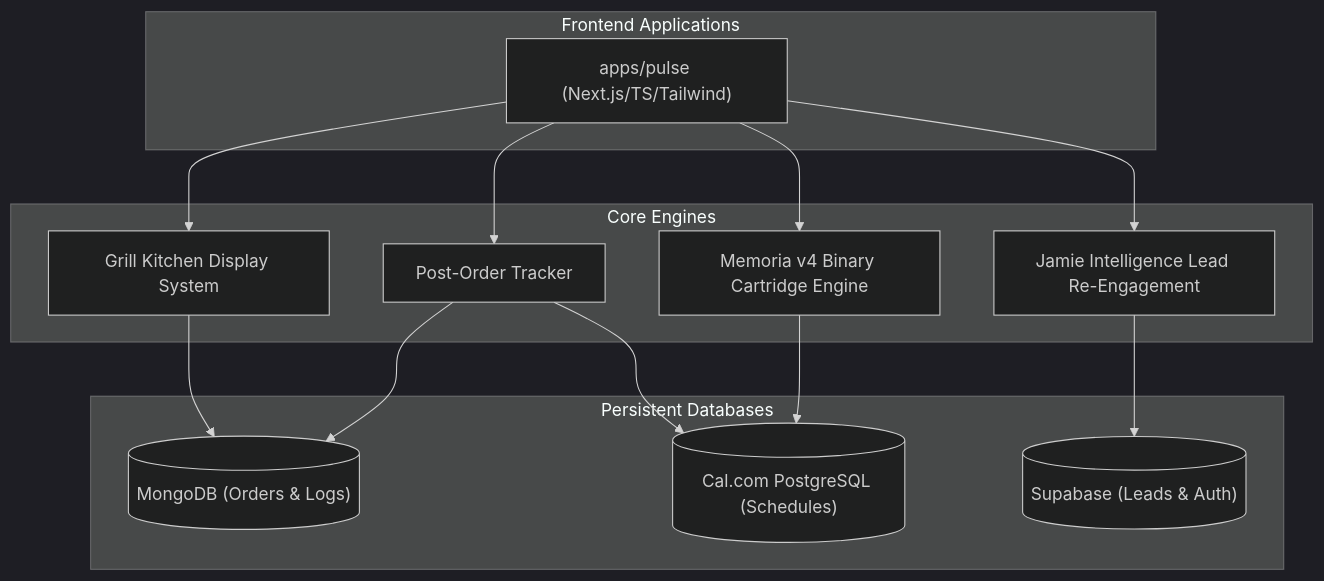
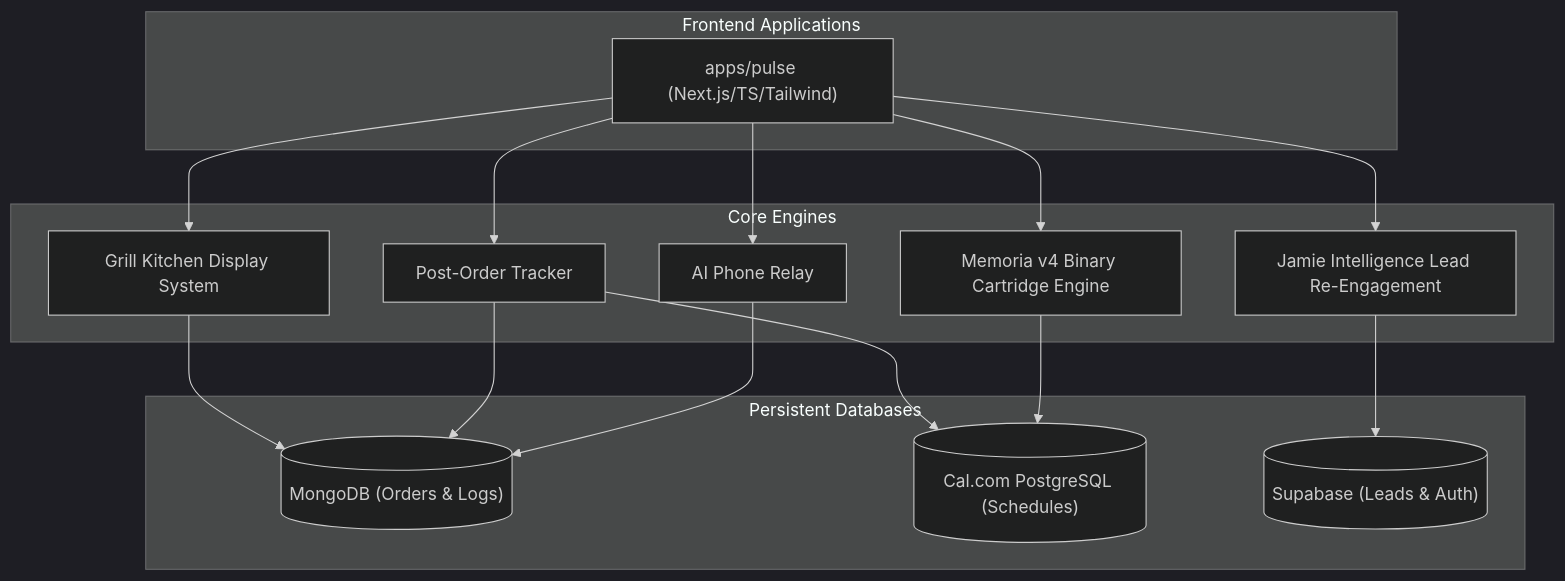
One commit to tahsrz/sunset-pulse changed the diagram in README.md. Above: the diagram before and after it, drawn with Mermaid (dark theme). The commit also changed other lines of this file and 84 other files, not shown here.

````diff
--- a/README.md
+++ b/README.md
@@ -11,30 +11,33 @@
 ```mermaid
 graph TD
     subgraph FrontendApp ["Frontend Applications"]
         Pulse["apps/pulse (Next.js/TS/Tailwind)"]
     end
 
     subgraph Engines ["Core Engines"]
         KDS["Grill Kitchen Display System"]
         Tracker["Post-Order Tracker"]
+        Relay["AI Phone Relay"]
         Jamie["Jamie Intelligence Lead Re-Engagement"]
         Memoria["Memoria v4 Binary Cartridge Engine"]
     end
 
     subgraph DBs ["Persistent Databases"]
         Mongo[("MongoDB (Orders & Logs)")]
         Postgres[("Cal.com PostgreSQL (Schedules)")]
         Supa[("Supabase (Leads & Auth)")]
     end
 
     Pulse --> KDS
     Pulse --> Tracker
+    Pulse --> Relay
     Pulse --> Jamie
     Pulse --> Memoria
 
     KDS --> Mongo
     Tracker --> Mongo
+    Relay --> Mongo
     Tracker --> Postgres
     Jamie --> Supa
     Memoria --> Postgres
 ```
````
